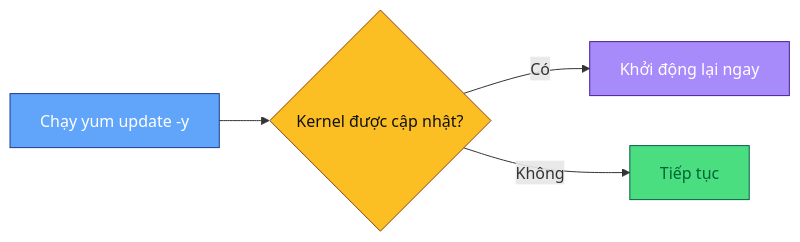
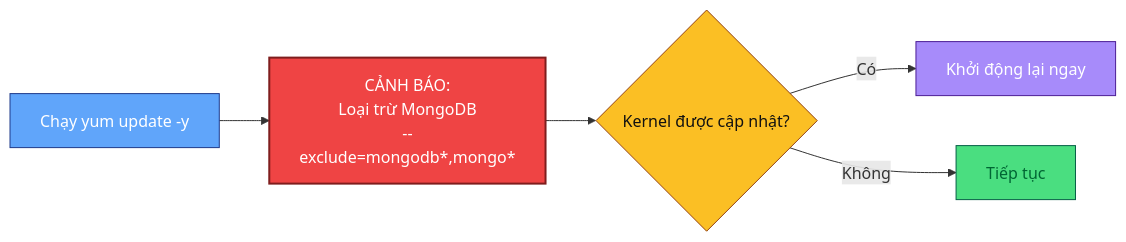
One commit to ngockhanhvd2812/DBA changed the third of 6 diagrams in DB/pre-db-install-checklist-vi.md. Above: the diagram before and after it, drawn with Mermaid. The commit also changed other lines of this file and 1 other file, not shown here.

````diff
--- a/DB/pre-db-install-checklist-vi.md
+++ b/DB/pre-db-install-checklist-vi.md
@@ -55,11 +78,13 @@
 ```mermaid
 flowchart LR
-    U[Chạy yum update -y]:::blue --> K{Kernel được cập nhật?}:::amber
+    U[Chạy yum update -y]:::blue --> W[CẢNH BÁO:<br/>Loại trừ MongoDB<br/>--exclude=mongodb*,mongo*]:::warning
+    W --> K{Kernel được cập nhật?}:::amber
     K -->|Có| R[Khởi động lại ngay]:::purple
     K -->|Không| N[Tiếp tục]:::green
 
     classDef blue fill:#60a5fa,stroke:#1e3a8a,color:#fff;
     classDef amber fill:#fbbf24,stroke:#92400e,color:#111;
     classDef purple fill:#a78bfa,stroke:#4c1d95,color:#fff;
     classDef green fill:#4ade80,stroke:#065f46,color:#063;
+    classDef warning fill:#ef4444,color:#fff,stroke:#7f1d1d,stroke-width:2px;
 ```
````
